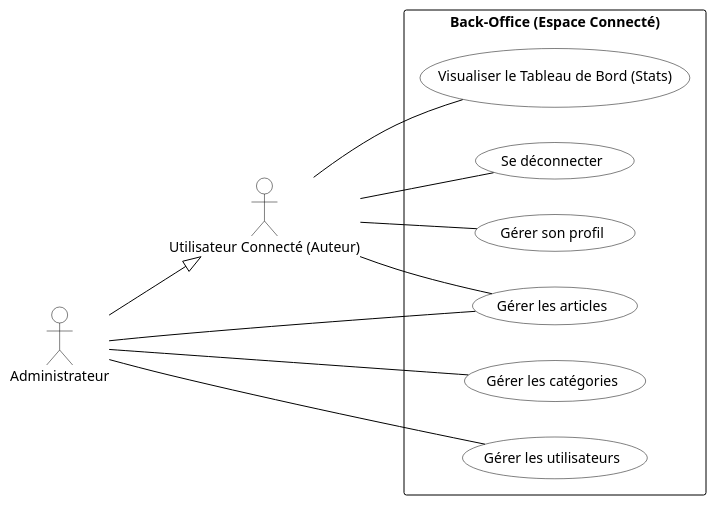
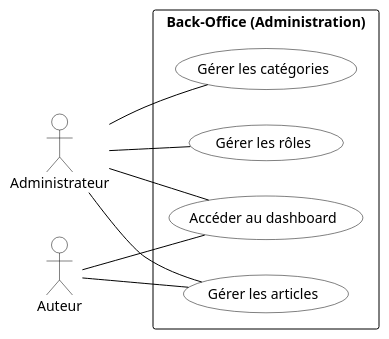
One commit to labs-web/projet-technique changed the diagram in docs/2.analyse/global/usecase-admin.puml. Above: the diagram before and after it, drawn with PlantUML. The commit also changed 3 other files, not shown here.

```diff
--- a/docs/2.analyse/global/usecase-admin.puml
+++ b/docs/2.analyse/global/usecase-admin.puml
@@ -1,43 +1,33 @@
 @startuml
 left to right direction
 skinparam packageStyle rectangle
 
 ' Schéma de couleurs : noir sur blanc uniquement
 skinparam actorBackgroundColor white
 skinparam actorBorderColor black
 skinparam usecaseBackgroundColor white
 skinparam usecaseBorderColor black
 skinparam packageBackgroundColor white
 skinparam packageBorderColor black
 skinparam arrowColor black
 
-actor "Utilisateur Connecté (Auteur)" as Author
 actor "Administrateur" as Admin
+actor "Auteur" as Author
 
-rectangle "Back-Office (Espace Connecté)" {
-  usecase "Visualiser le Tableau de Bord (Stats)" as UC_Dashboard
-  usecase "Se déconnecter" as UC_Logout
-  usecase "Gérer son profil" as UC_Manage_Profile
-  
+rectangle "Back-Office (Administration)" {
+  usecase "Gérer les catégories" as UC_Manage_Categories
   usecase "Gérer les articles" as UC_Manage_Articles
-  usecase "Gérer les catégories" as UC_Manage_Categories
-  usecase "Gérer les utilisateurs" as UC_Manage_Users
+  usecase "Gérer les rôles" as UC_Manage_Roles
+  usecase "Accéder au dashboard" as UC_Dashboard
 }
 
-' L'administrateur est aussi un auteur (Généralisation) - Hérite des droits de base
-Admin --|> Author
+' Relations
+Admin -- UC_Manage_Categories
+Admin -- UC_Manage_Articles
+Admin -- UC_Manage_Roles
+Admin -- UC_Dashboard
 
-' Permissions Auteur (Scope: Ses propres articles)
+Author -- UC_Manage_Articles
 Author -- UC_Dashboard
-Author -- UC_Logout
-Author -- UC_Manage_Profile
-Author -- UC_Manage_Articles
-
-' Permissions Admin (Scope: Tous les articles)
-Admin -- UC_Manage_Categories
-Admin -- UC_Manage_Users
-' Admin hérite de l'accès à UC_Manage_Articles via Author, 
-' ou on peut le lier explicitement si Admin a des droits exclusifs sur ce même UC
-Admin -- UC_Manage_Articles
 
 @enduml
```
